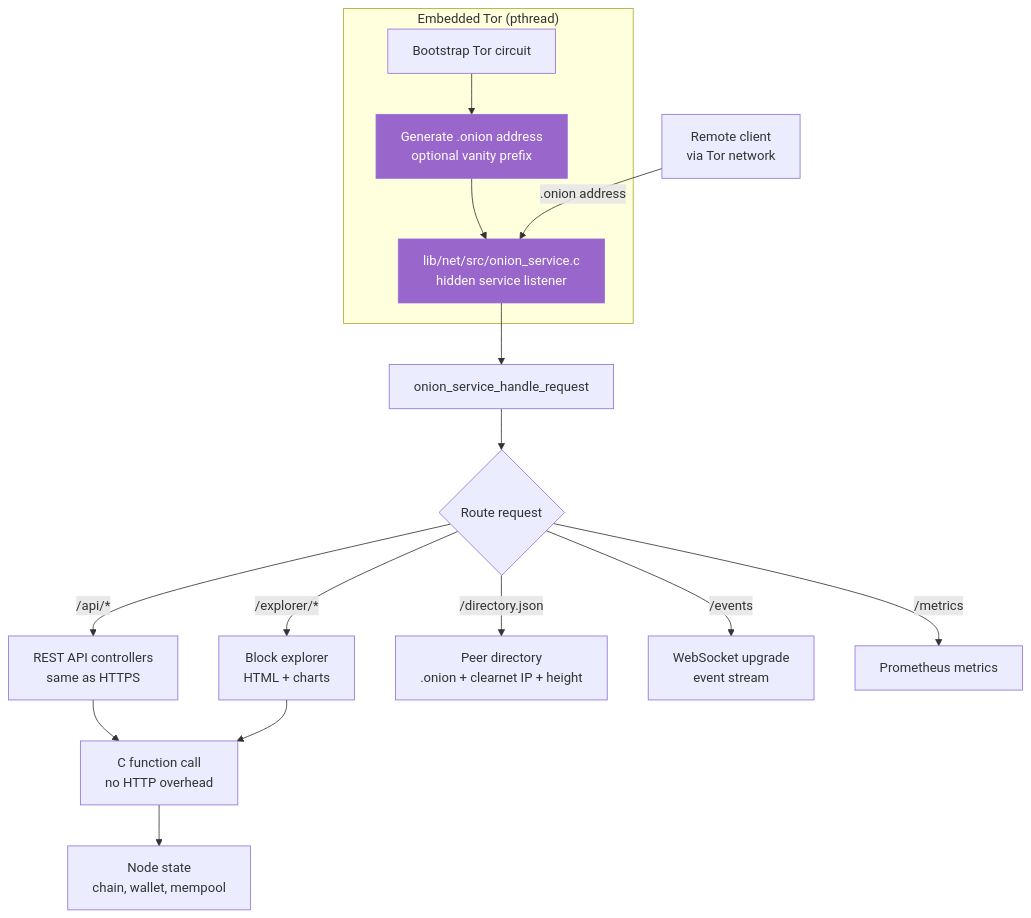
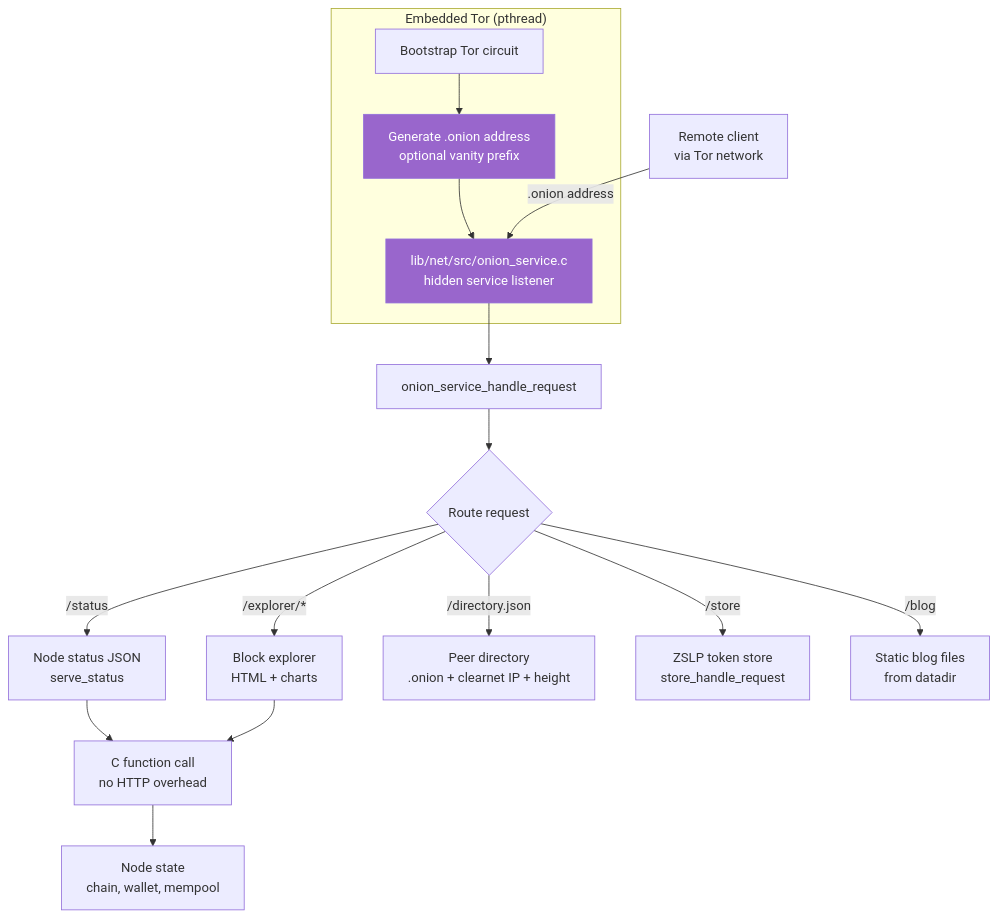
The sixth of 6 diagrams in docs/ARCHITECTURE_DIAGRAMS.md (ZclassiC23/zclassic), drawn with Mermaid before and after one commit. The commit also changed other lines of this file and 32 other files, not shown here.

````diff
--- a/docs/ARCHITECTURE_DIAGRAMS.md
+++ b/docs/ARCHITECTURE_DIAGRAMS.md
@@ -310,25 +310,25 @@
 ```mermaid
 flowchart TD
     subgraph Tor["Embedded Tor (pthread)"]
         TOR_BOOT[Bootstrap Tor circuit] --> ONION_GEN[Generate .onion address<br/>optional vanity prefix]
         ONION_GEN --> DYNHOST[lib/net/src/onion_service.c<br/>hidden service listener]
     end
 
     REMOTE[Remote client<br/>via Tor network] -->|.onion address| DYNHOST
 
     DYNHOST --> HANDLE[onion_service_handle_request]
     HANDLE --> ROUTE_HTTP{Route request}
 
-    ROUTE_HTTP -->|/api/*| REST[REST API controllers<br/>same as HTTPS]
+    ROUTE_HTTP -->|/status| STATUS[Node status JSON<br/>serve_status]
     ROUTE_HTTP -->|/explorer/*| EXPLORER[Block explorer<br/>HTML + charts]
     ROUTE_HTTP -->|/directory.json| DIRECTORY[Peer directory<br/>.onion + clearnet IP + height]
-    ROUTE_HTTP -->|/events| WS[WebSocket upgrade<br/>event stream]
-    ROUTE_HTTP -->|/metrics| METRICS[Prometheus metrics]
+    ROUTE_HTTP -->|/store| STORE[ZSLP token store<br/>store_handle_request]
+    ROUTE_HTTP -->|/blog| BLOG[Static blog files<br/>from datadir]
 
-    REST --> CONTROLLERS[C function call<br/>no HTTP overhead]
+    STATUS --> CONTROLLERS[C function call<br/>no HTTP overhead]
     EXPLORER --> CONTROLLERS
     CONTROLLERS --> NODE[Node state<br/>chain, wallet, mempool]
 
     style DYNHOST fill:#9966cc,color:#fff
     style ONION_GEN fill:#9966cc,color:#fff
 ```
````
